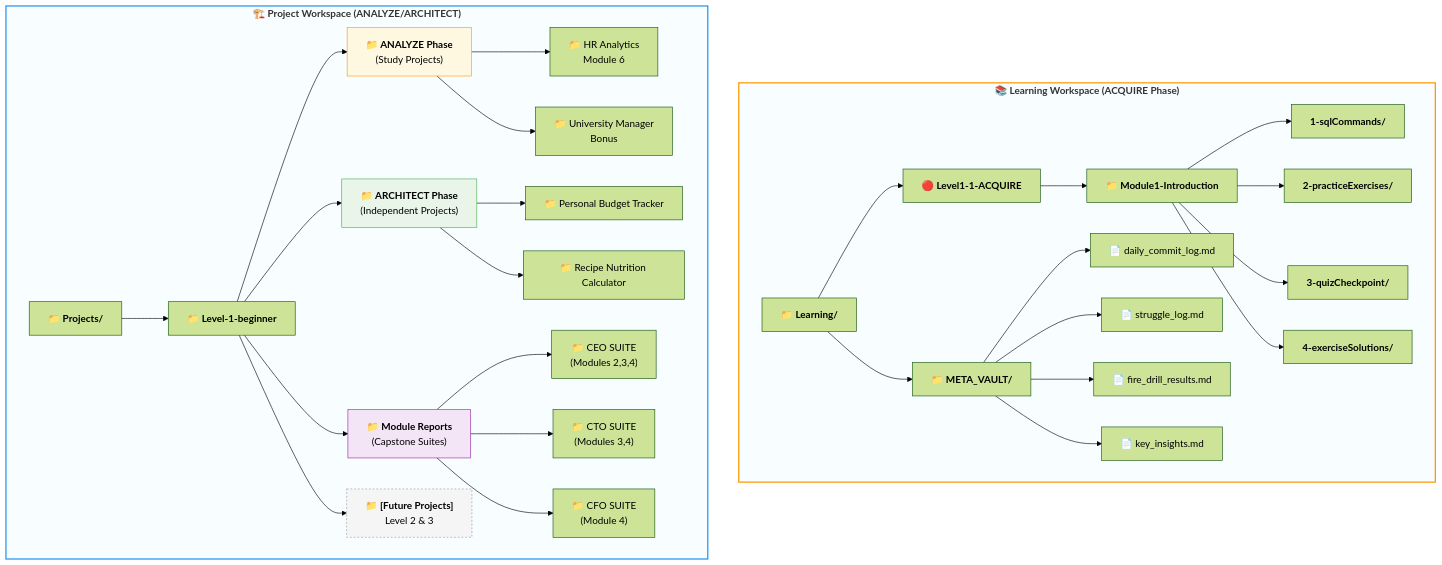
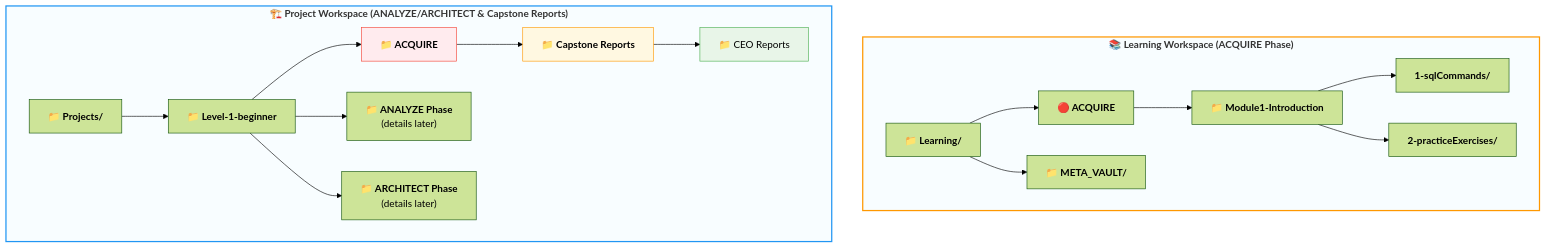
Before and after one commit to uniqueumamaheswari-universe/SQLVerse: the ninth of 11 diagrams in Level-1-beginner/Guides/Section1-ACQUIRE/3_Knowledge_Base.md, drawn with Mermaid (forest theme). The commit also changed other lines of this file and 9 other files, not shown here.

````diff
--- a/Level-1-beginner/Guides/Section1-ACQUIRE/3_Knowledge_Base.md
+++ b/Level-1-beginner/Guides/Section1-ACQUIRE/3_Knowledge_Base.md
@@ -534,44 +322,27 @@
 ```mermaid
 flowchart TD
-    subgraph LearningWorkspace["<b>📚 Learning Workspace (ACQUIRE Phase)</b>"]
+    subgraph LearningWorkspace ["<b>📚 Learning Workspace (ACQUIRE Phase)</b>"]
         direction LR
-        L0["<b>📁 Learning/</b>"] --> L1["<b>🔴 Level1-1-ACQUIRE</b>"]
+        L0["<b>📁 Learning/</b>"] --> L1["<b>🔴 ACQUIRE</b>"]
         L1 --> L1a["<b>📁 Module1-Introduction</b>"]
         L1a --> L1a1["<b>1-sqlCommands/</b>"]
         L1a --> L1a2["<b>2-practiceExercises/</b>"]
-        L1a --> L1a3["<b>3-quizCheckpoint/</b>"]
-        L1a --> L1a4["<b>4-exerciseSolutions/</b>"]
         L0 --> LM["<b>📁 META_VAULT/</b>"]
-        LM --> LM1["📄 daily_commit_log.md"]
-        LM --> LM2["📄 struggle_log.md"]
-        LM --> LM3["📄 fire_drill_results.md"]
-        LM --> LM4["📄 key_insights.md"]
     end
 
-    subgraph ProjectWorkspace["<b>🏗️ Project Workspace (ANALYZE/ARCHITECT)</b>"]
+    subgraph ProjectWorkspace ["<b>🏗️ Project Workspace (ANALYZE/ARCHITECT & Capstone Reports)</b>"]
         direction LR
         B0["<b>📁 Projects/</b>"] --> B1["<b>📁 Level-1-beginner</b>"]
-        
-        B1 --> Analyze["<b>📁 ANALYZE Phase</b><br/>(Study Projects)"]
-        Analyze --> A1["📁 HR Analytics<br/>Module 6"]
-        Analyze --> A2["📁 University Manager<br/>Bonus"]
-        
-        B1 --> Architect["<b>📁 ARCHITECT Phase</b><br/>(Independent Projects)"]
-        Architect --> Indep1["📁 Personal Budget Tracker"]
-        Architect --> Indep2["📁 Recipe Nutrition Calculator"]
-        
-        B1 --> ModuleReports["<b>📁 Module Reports</b><br/>(Capstone Suites)"]
-        ModuleReports --> MR1["📁 CEO SUITE<br/>(Modules 2,3,4)"]
-        ModuleReports --> MR2["📁 CTO SUITE<br/>(Modules 3,4)"]
-        ModuleReports --> MR3["📁 CFO SUITE<br/>(Module 4)"]
-        
-        B1 --> Future["<b>📁 [Future Projects]</b><br/>Level 2 & 3"]
+        B1 --> ACQ["<b>📁 ACQUIRE</b>"]
+        ACQ --> Cap["<b>📁 Capstone Reports</b>"]
+        Cap --> CEO["📁 CEO Reports"]
+        B1 --> Analyze["<b>📁 ANALYZE Phase</b><br/>(details later)"]
+        B1 --> Architect["<b>📁 ARCHITECT Phase</b><br/>(details later)"]
     end
 
     style LearningWorkspace fill:#f8fdff,stroke:#ff9800,stroke-width:2px
     style ProjectWorkspace fill:#f8fdff,stroke:#2196f3,stroke-width:2px
-    style Analyze fill:#fff8e1,stroke:#ff9800
-    style Architect fill:#e8f5e8,stroke:#4caf50
-    style ModuleReports fill:#f3e5f5,stroke:#9c27b0
-    style Future fill:#f5f5f5,stroke:#999,stroke-dasharray: 3 3
+    style ACQ fill:#ffebee,stroke:#f44336
+    style Cap fill:#fff8e1,stroke:#ff9800
+    style CEO fill:#e8f5e8,stroke:#4caf50
 ```
````
